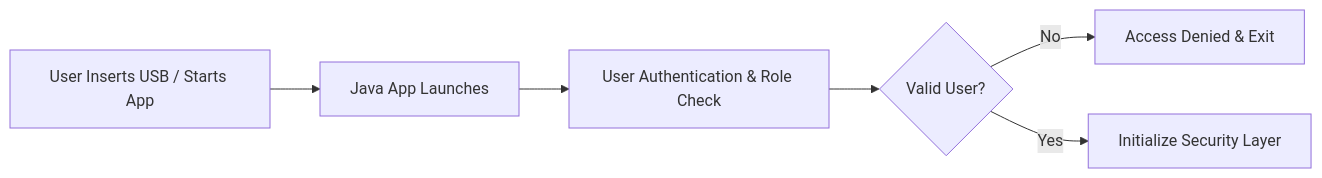
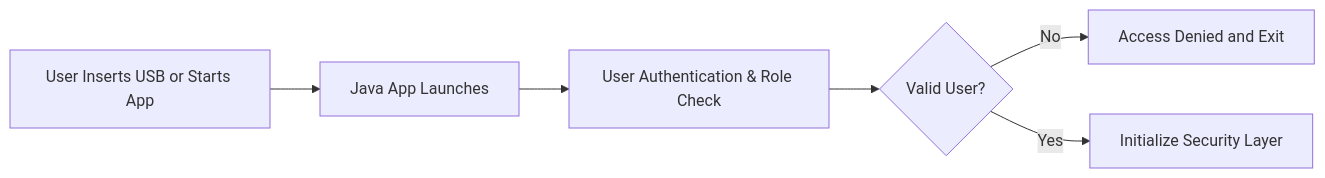
The first of 4 diagrams in README.md (codingguru2221/Log-Detector), drawn with Mermaid before and after one commit. The commit also changed other lines of this file, not shown here.

````diff
--- a/README.md
+++ b/README.md
@@ -135,8 +133,8 @@
 ```mermaid
 graph LR
-    A[User Inserts USB / Starts App] --> B[Java App Launches]
+    A[User Inserts USB or Starts App] --> B[Java App Launches]
     B --> C[User Authentication & Role Check]
     C --> D{Valid User?}
-    D -->|No| E[Access Denied & Exit]
+    D -->|No| E[Access Denied and Exit]
     D -->|Yes| F[Initialize Security Layer]
 ```
````
